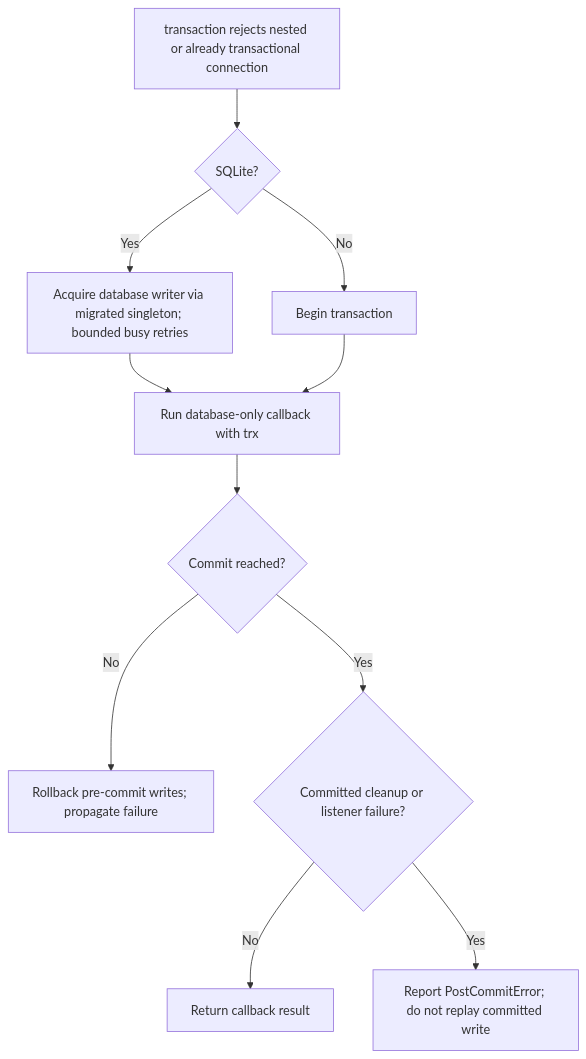
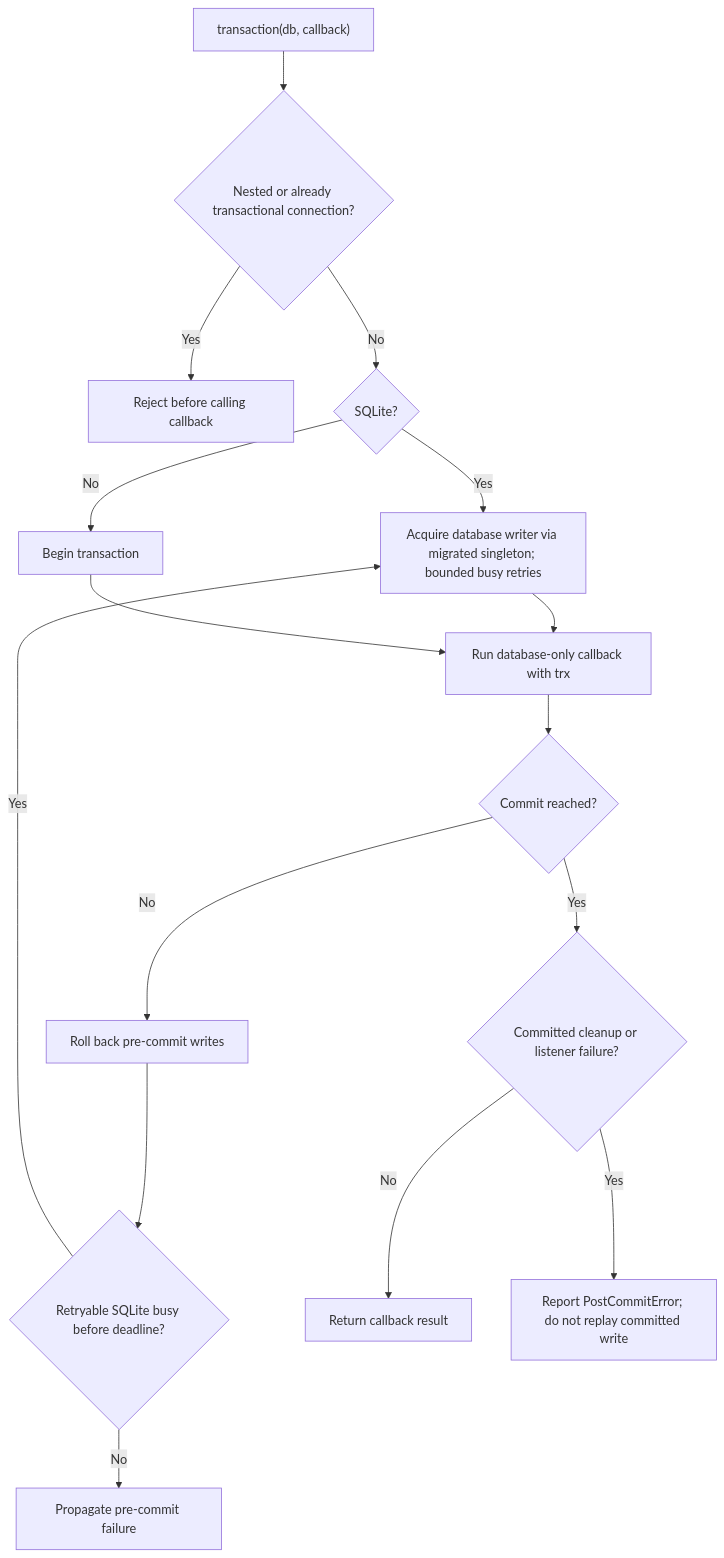
Before and after one commit to Kevinjohn/oss-adonisjs-account-kit: the second of 2 diagrams in user-stories/US-ACCOUNT-63-share-transaction-helpers.md, drawn with Mermaid. The commit also changed other lines of this file and 70 other files, not shown here.

````diff
--- a/user-stories/US-ACCOUNT-63-share-transaction-helpers.md
+++ b/user-stories/US-ACCOUNT-63-share-transaction-helpers.md
@@ -33,13 +33,18 @@
 ```mermaid
 flowchart TD
-    A["transaction rejects nested or already transactional connection"] --> S{"SQLite?"}
+    A["transaction(db, callback)"] --> N{"Nested or already transactional connection?"}
+    N -->|Yes| X["Reject before calling callback"]
+    N -->|No| S{"SQLite?"}
     S -->|Yes| L["Acquire database writer via migrated singleton; bounded busy retries"]
     S -->|No| T["Begin transaction"]
     L --> R["Run database-only callback with trx"]
     T --> R
     R --> B{"Commit reached?"}
-    B -->|No| D["Rollback pre-commit writes; propagate failure"]
+    B -->|No| D["Roll back pre-commit writes"]
+    D --> K{"Retryable SQLite busy before deadline?"}
+    K -->|Yes| L
+    K -->|No| U["Propagate pre-commit failure"]
     B -->|Yes| F{"Committed cleanup or listener failure?"}
     F -->|No| C["Return callback result"]
     F -->|Yes| E["Report PostCommitError; do not replay committed write"]
 ```
````
